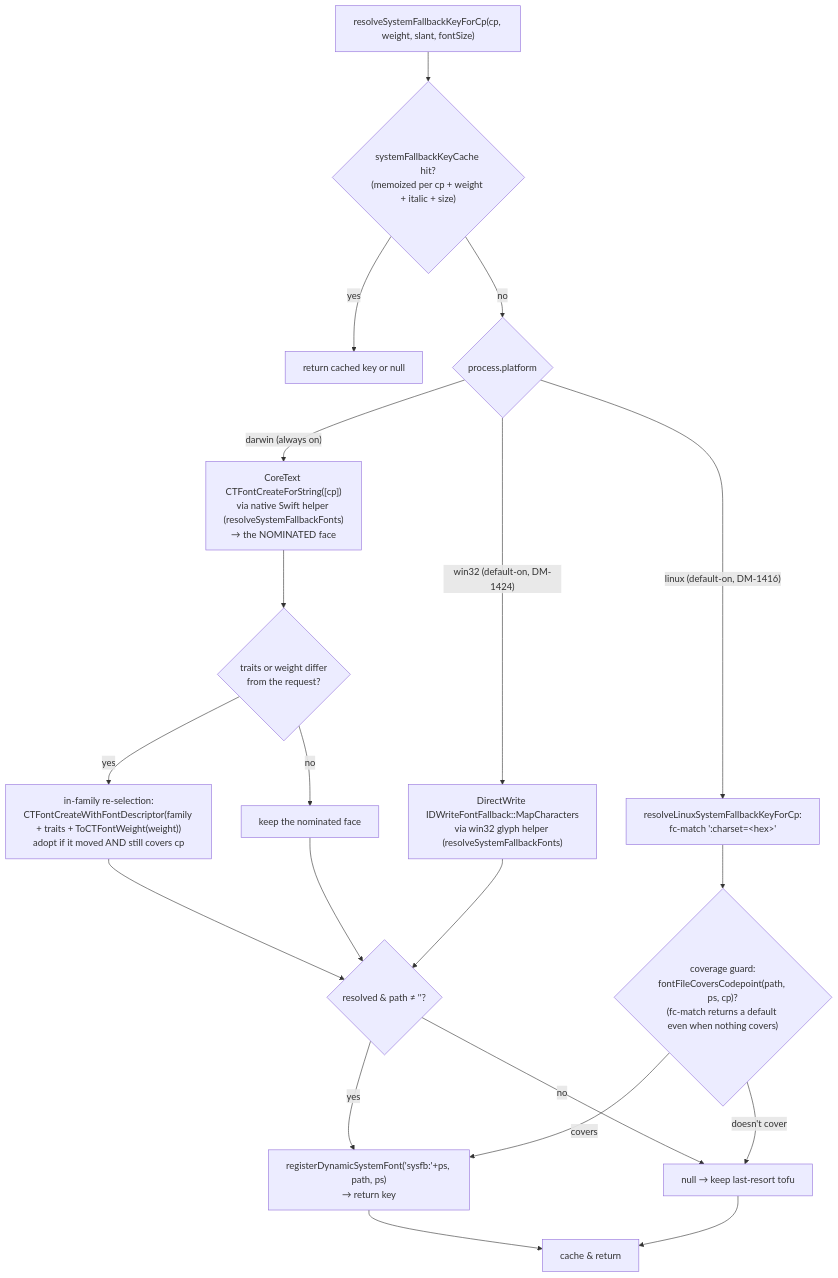
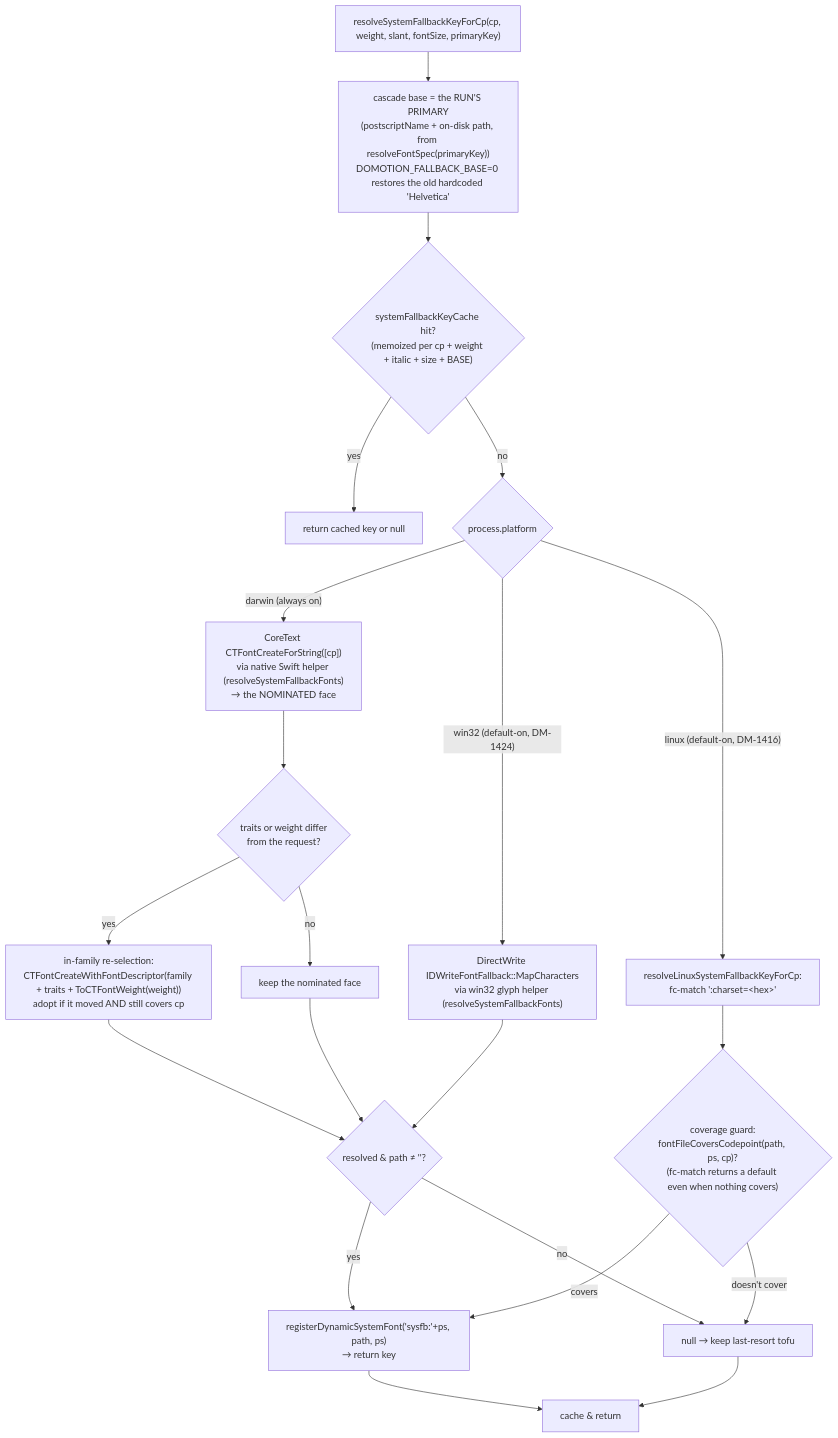
One commit to brianwestphal/domotion changed the ninth of 10 diagrams in docs/font-resolution-diagram.md. Above: the diagram before and after it, drawn with Mermaid. The commit also changed other lines of this file and 1 other file, not shown here.

First line of the commit message:
feat(fonts): ask CoreText for a substitute from the run's own font by default (DM-1852)

````diff
--- a/docs/font-resolution-diagram.md
+++ b/docs/font-resolution-diagram.md
@@ -620,22 +620,23 @@
 ```mermaid
 flowchart TD
-  SR0["resolveSystemFallbackKeyForCp(cp, weight, slant, fontSize)"] --> SR1{"systemFallbackKeyCache hit?<br/>(memoized per cp + weight + italic + size)"}
+  SR0["resolveSystemFallbackKeyForCp(cp, weight, slant, fontSize, primaryKey)"] --> SRB["cascade base = the RUN'S PRIMARY<br/>(postscriptName + on-disk path, from resolveFontSpec(primaryKey))<br/>DOMOTION_FALLBACK_BASE=0 restores the old hardcoded 'Helvetica'"]
+  SRB --> SR1{"systemFallbackKeyCache hit?<br/>(memoized per cp + weight + italic + size + BASE)"}
   SR1 -->|"yes"| SRC["return cached key or null"]
   SR1 -->|"no"| SR2{"process.platform"}
   SR2 -->|"darwin (always on)"| SRD0["CoreText CTFontCreateForString([cp])<br/>via native Swift helper (resolveSystemFallbackFonts)<br/>→ the NOMINATED face"]
   SRD0 --> SRD{"traits or weight differ<br/>from the request?"}
   SRD -->|"yes"| SRD1["in-family re-selection:<br/>CTFontCreateWithFontDescriptor(family + traits + ToCTFontWeight(weight))<br/>adopt if it moved AND still covers cp"]
   SRD -->|"no"| SRDN["keep the nominated face"]
   SR2 -->|"linux (default-on, DM-1416)"| SRL["resolveLinuxSystemFallbackKeyForCp:<br/>fc-match ':charset=&lt;hex&gt;'"]
   SR2 -->|"win32 (default-on, DM-1424)"| SRW["DirectWrite IDWriteFontFallback::MapCharacters<br/>via win32 glyph helper (resolveSystemFallbackFonts)"]
   SRD1 --> SRG{"resolved & path ≠ ''?"}
   SRDN --> SRG
   SRL --> SRLG{"coverage guard:<br/>fontFileCoversCodepoint(path, ps, cp)?<br/>(fc-match returns a default even when nothing covers)"}
   SRW --> SRG
   SRG -->|"yes"| SRR["registerDynamicSystemFont('sysfb:'+ps, path, ps)<br/>→ return key"]
   SRG -->|"no"| SRNull["null → keep last-resort tofu"]
   SRLG -->|"covers"| SRR
   SRLG -->|"doesn't cover"| SRNull
   SRR --> SRcache["cache & return"]
   SRNull --> SRcache
 ```
````
